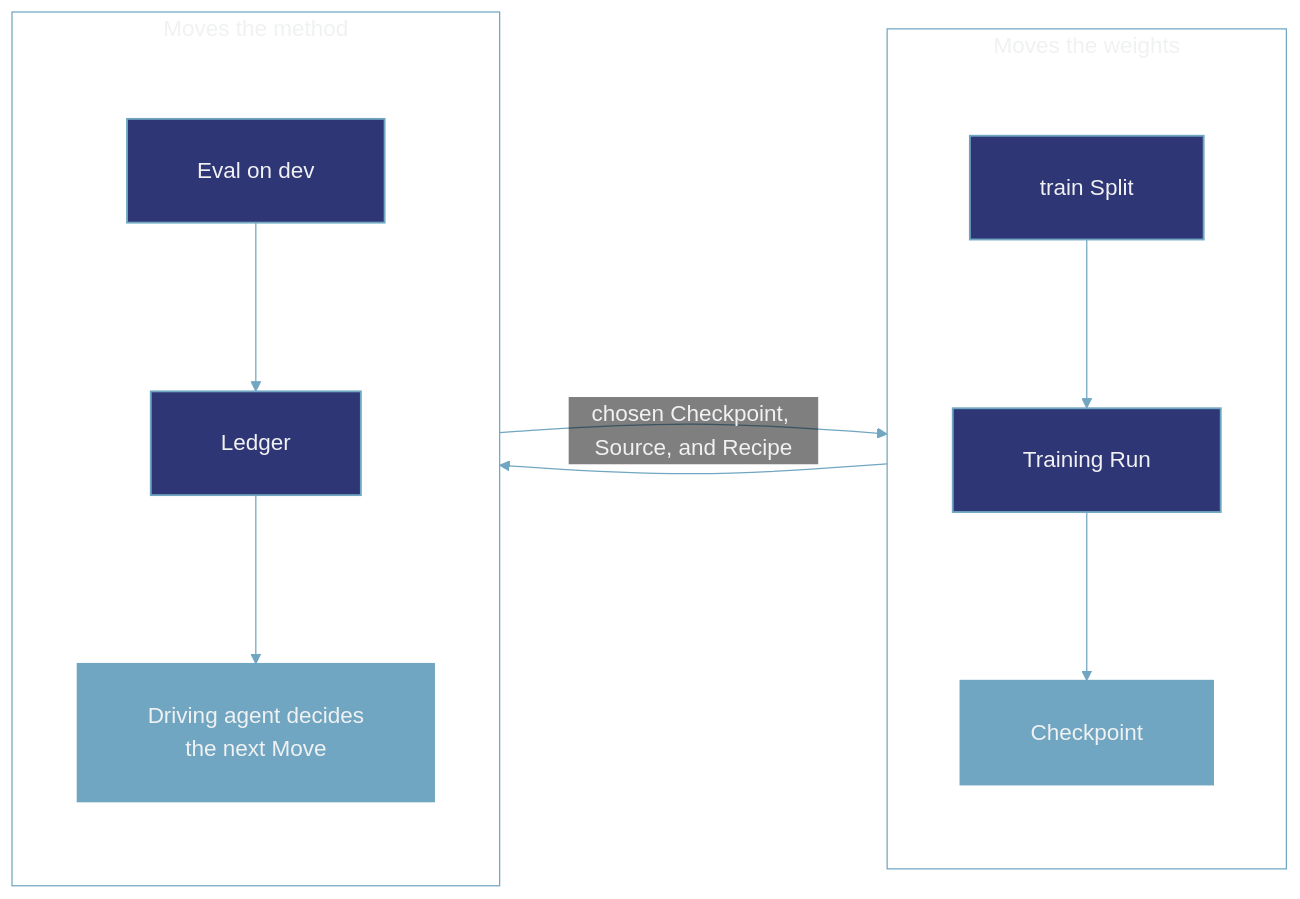
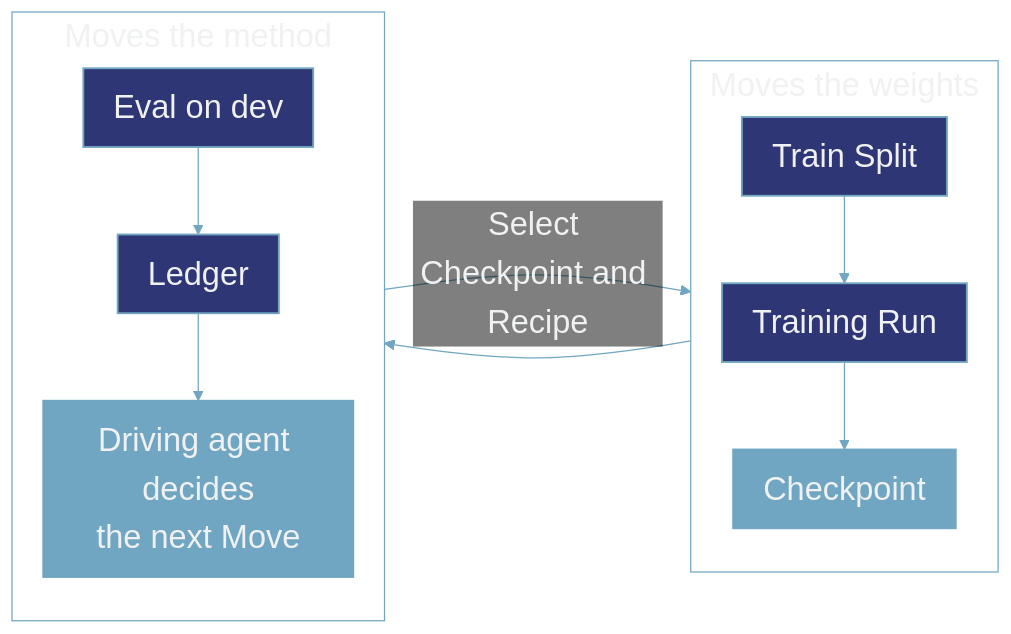
One commit to Monte-Inc/internal-monte-platform-docs changed the first of 2 diagrams in concepts/improvement.mdx. Above: the diagram before and after it, drawn with Mermaid.

Commit message:
The loop figure reads at size, and its labels are shorter
Spacing was what shrank it: mermaid scales the SVG to the container, so
the wider the graph the harder it downscales. Less space between nodes
and a larger font make the content bigger rather than the gaps.

Train Split takes a capital. The return arrow says what the agent does
instead of listing what it carries.

````diff
--- a/concepts/improvement.mdx
+++ b/concepts/improvement.mdx
@@ -11,18 +11,18 @@
 ```mermaid actions={false}
-%%{init: {'theme': 'base', 'themeVariables': {'primaryColor': '#315594', 'primaryTextColor': '#F0F1F2', 'primaryBorderColor': '#315594', 'lineColor': '#70A6C1', 'textColor': '#17181B', 'clusterBkg': 'transparent', 'clusterBorder': '#70A6C1', 'edgeLabelBackground': 'transparent', 'tertiaryColor': '#315594', 'tertiaryTextColor': '#F0F1F2', 'tertiaryBorderColor': '#315594', 'fontSize': '18px'}, 'flowchart': {'subGraphTitleMargin': {'top': 0, 'bottom': 18}, 'rankSpacing': 110, 'nodeSpacing': 85, 'padding': 28}}}%%
+%%{init: {'theme': 'base', 'themeVariables': {'primaryColor': '#315594', 'primaryTextColor': '#F0F1F2', 'primaryBorderColor': '#315594', 'lineColor': '#70A6C1', 'textColor': '#17181B', 'clusterBkg': 'transparent', 'clusterBorder': '#70A6C1', 'edgeLabelBackground': 'transparent', 'tertiaryColor': '#315594', 'tertiaryTextColor': '#F0F1F2', 'tertiaryBorderColor': '#315594', 'fontSize': '26px'}, 'flowchart': {'subGraphTitleMargin': {'top': 0, 'bottom': 10}, 'rankSpacing': 45, 'nodeSpacing': 30, 'padding': 12}}}%%
 flowchart LR
     subgraph INNER["Moves the weights"]
         direction TB
-        TRAIN["train Split"]:::entry --> RUN["Training Run"]:::score --> CKPT["Checkpoint"]:::model
+        TRAIN["Train Split"]:::entry --> RUN["Training Run"]:::score --> CKPT["Checkpoint"]:::model
     end
     subgraph OUTER["Moves the method"]
         direction TB
         EVAL["Eval on dev"]:::score --> LEDGER["Ledger"]:::entry --> AGENT["Driving agent decides<br/>the next Move"]:::model
     end
     CKPT --> EVAL
-    AGENT -->|"chosen Checkpoint, Source, and Recipe"| RUN
+    AGENT -->|"Select Checkpoint and Recipe"| RUN
 
     classDef entry fill:#2F3675,stroke:#70A6C1,stroke-width:1.5px,color:#F0F1F2;
     classDef model fill:#70A6C1,stroke:#70A6C1,stroke-width:1.5px,color:#F0F1F2;
     classDef score fill:#2F3675,stroke:#70A6C1,stroke-width:1.5px,color:#F0F1F2;
 ```
````
